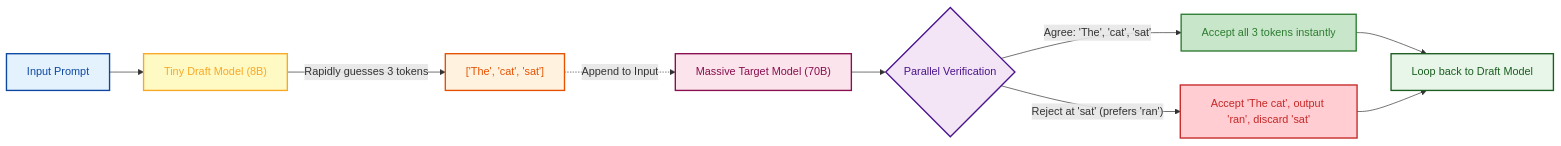
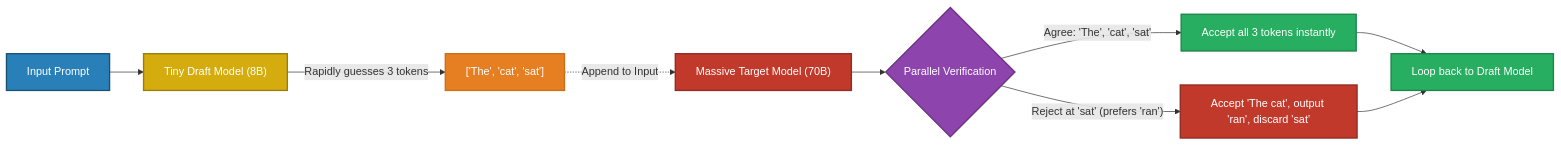
One commit to GyanendraChaubey/AI-Engineering-Notes changed the second of 2 diagrams in docs/12-deployment/README.md. Above: the diagram before and after it, drawn with Mermaid. The commit also changed other lines of this file and 15 other files, not shown here.

Commit message:
style: replace all Mermaid diagram colors with saturated palette + white text for dark mode compatibility (321 changes across 16 files)

````diff
--- a/docs/12-deployment/README.md
+++ b/docs/12-deployment/README.md
@@ -157,24 +157,24 @@
 ```mermaid
 flowchart LR
     A["Input Prompt"] --> B["Tiny Draft Model (8B)"]
     
     B -->|"Rapidly guesses 3 tokens"| C["['The', 'cat', 'sat']"]
     
     C -.->|"Append to Input"| D["Massive Target Model (70B)"]
     
     D --> E{"Parallel Verification"}
     
     E -->|"Agree: 'The', 'cat', 'sat'"| F["Accept all 3 tokens instantly"]
     E -->|"Reject at 'sat' (prefers 'ran')"| G["Accept 'The cat', output 'ran', discard 'sat'"]
     
     F --> H["Loop back to Draft Model"]
     G --> H
-    style A fill:#e3f2fd,stroke:#0d47a1,stroke-width:2px,color:#0d47a1
-    style B fill:#fff9c4,stroke:#f9a825,stroke-width:2px,color:#f9a825
-    style C fill:#fff3e0,stroke:#e65100,stroke-width:2px,color:#e65100
-    style D fill:#fce4ec,stroke:#880e4f,stroke-width:2px,color:#880e4f
-    style E fill:#f3e5f5,stroke:#4a148c,stroke-width:2px,color:#4a148c
-    style F fill:#c8e6c9,stroke:#2e7d32,stroke-width:2px,color:#2e7d32
-    style G fill:#ffcdd2,stroke:#c62828,stroke-width:2px,color:#c62828
-    style H fill:#e8f5e9,stroke:#1b5e20,stroke-width:2px,color:#1b5e20
+    style A fill:#2980B9,stroke:#1A5276,stroke-width:2px,color:#FFFFFF
+    style B fill:#D4AC0D,stroke:#9A7D0A,stroke-width:2px,color:#FFFFFF
+    style C fill:#E67E22,stroke:#CA6F1E,stroke-width:2px,color:#FFFFFF
+    style D fill:#C0392B,stroke:#922B21,stroke-width:2px,color:#FFFFFF
+    style E fill:#8E44AD,stroke:#6C3483,stroke-width:2px,color:#FFFFFF
+    style F fill:#27AE60,stroke:#1E8449,stroke-width:2px,color:#FFFFFF
+    style G fill:#C0392B,stroke:#922B21,stroke-width:2px,color:#FFFFFF
+    style H fill:#27AE60,stroke:#1E8449,stroke-width:2px,color:#FFFFFF
 ```
````
